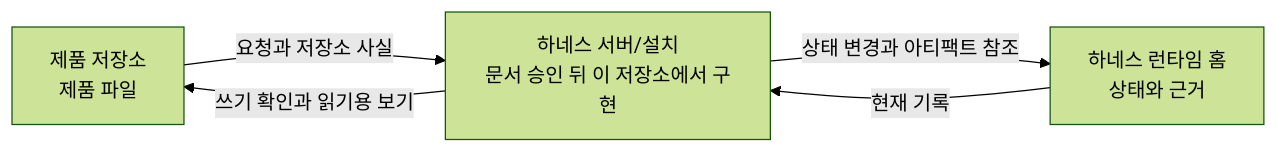
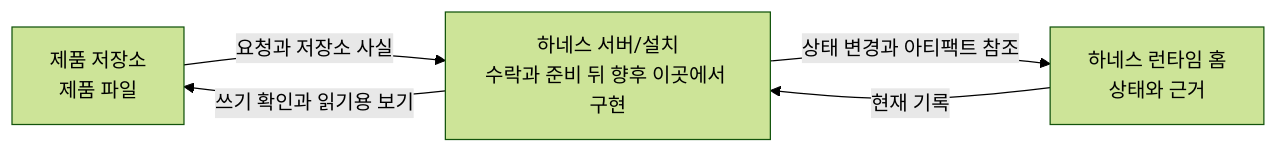
One commit to minjungw00/Harness_Project changed the first of 2 diagrams in docs/ko/reference/runtime-architecture.md. Above: the diagram before and after it, drawn with Mermaid (forest theme). The commit also changed 45 other files, not shown here.

````diff
--- a/docs/ko/reference/runtime-architecture.md
+++ b/docs/ko/reference/runtime-architecture.md
@@ -70,11 +70,11 @@
 ```mermaid
 flowchart LR
   Repo["제품 저장소<br/>제품 파일"]
-  Server["하네스 서버/설치<br/>문서 승인 뒤 이 저장소에서 구현"]
+  Server["하네스 서버/설치<br/>수락과 준비 뒤 향후 이곳에서 구현"]
   Home["하네스 런타임 홈<br/>상태와 근거"]
 
   Repo -->|요청과 저장소 사실| Server
   Server -->|쓰기 확인과 읽기용 보기| Repo
   Server -->|상태 변경과 아티팩트 참조| Home
   Home -->|현재 기록| Server
 ```
````
